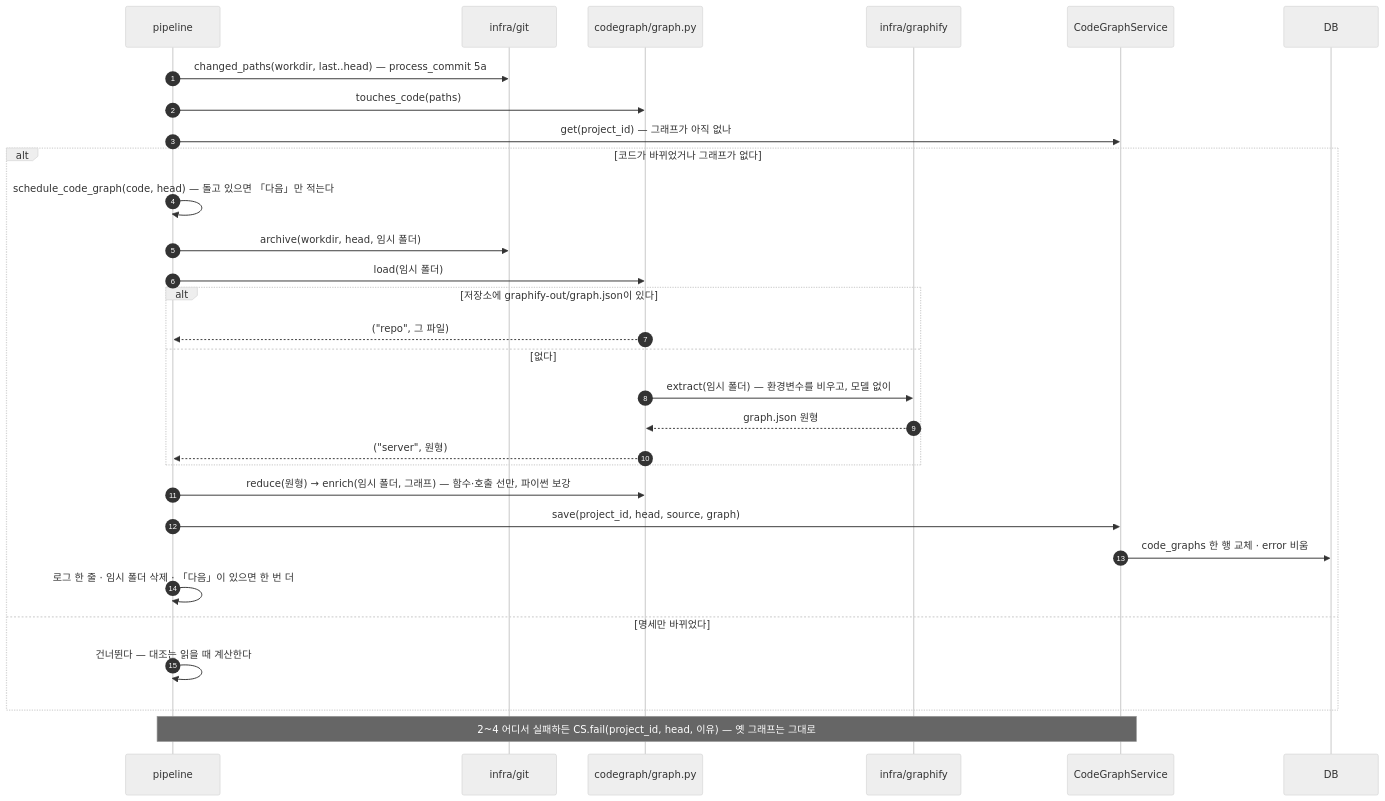
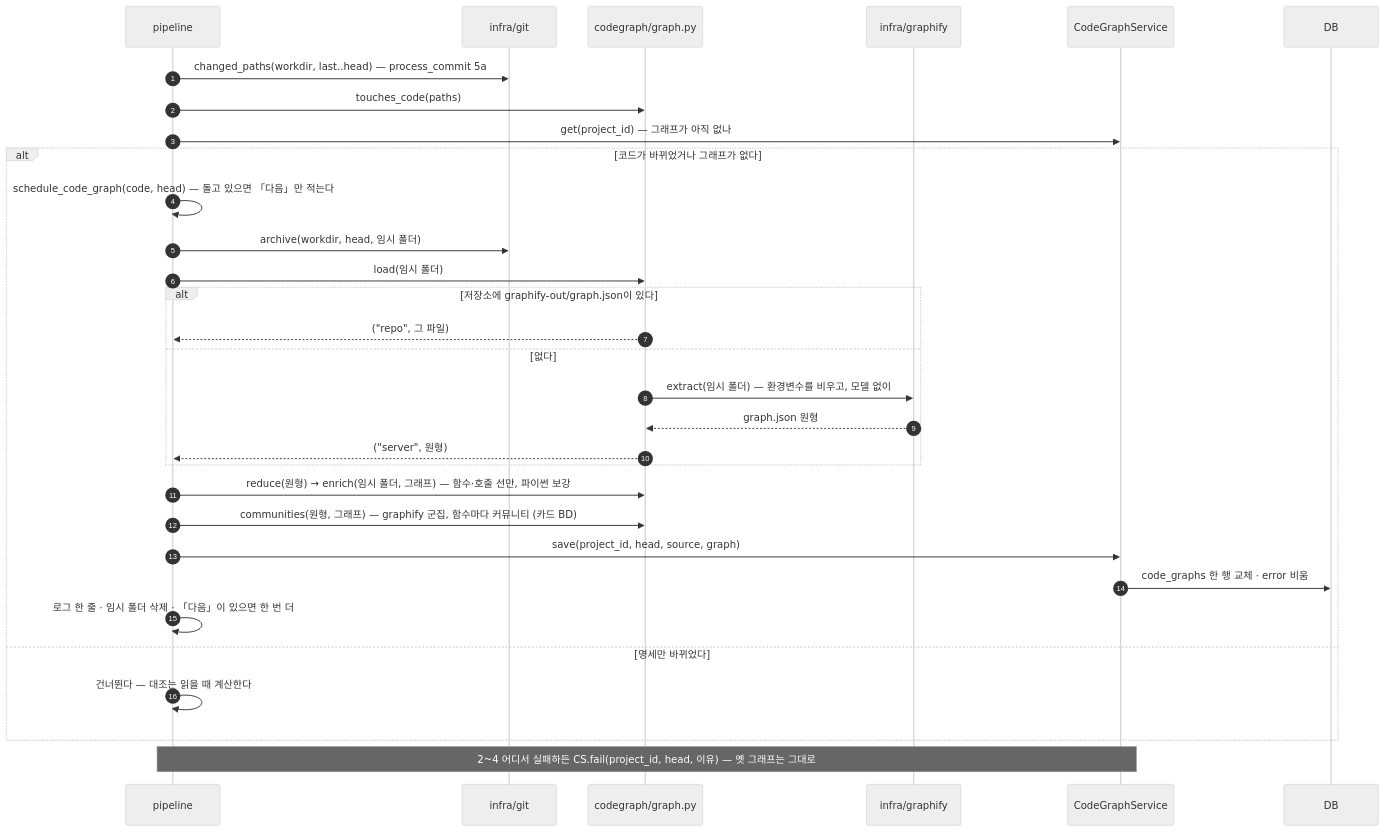
One commit to HoyoungParkme/syncdoc changed diagram 22 of 30 in docs/specs/09-SEQ/SYNC-SEQ-001.md. Above: the diagram before and after it, drawn with Mermaid (neutral theme). The commit also changed other lines of this file, not shown here.

Commit message:
spec(SYNC-SEQ-001): SEQ-31 코드 그래프 노드를 본다 · SEQ-26에 communities (카드 BD)

````diff
--- a/docs/specs/09-SEQ/SYNC-SEQ-001.md
+++ b/docs/specs/09-SEQ/SYNC-SEQ-001.md
@@ -1106,33 +1107,34 @@
 ```mermaid
 sequenceDiagram
     autonumber
     participant P as pipeline
     participant G as infra/git
     participant CG as codegraph/graph.py
     participant GF as infra/graphify
     participant CS as CodeGraphService
     participant DB
 
     P->>G: changed_paths(workdir, last..head) — process_commit 5a
     P->>CG: touches_code(paths)
     P->>CS: get(project_id) — 그래프가 아직 없나
     alt 코드가 바뀌었거나 그래프가 없다
         P->>P: schedule_code_graph(code, head) — 돌고 있으면 「다음」만 적는다
         P->>G: archive(workdir, head, 임시 폴더)
         P->>CG: load(임시 폴더)
         alt 저장소에 graphify-out/graph.json이 있다
             CG-->>P: ("repo", 그 파일)
         else 없다
             CG->>GF: extract(임시 폴더) — 환경변수를 비우고, 모델 없이
             GF-->>CG: graph.json 원형
             CG-->>P: ("server", 원형)
         end
         P->>CG: reduce(원형) → enrich(임시 폴더, 그래프) — 함수·호출 선만, 파이썬 보강
+        P->>CG: communities(원형, 그래프) — graphify 군집, 함수마다 커뮤니티 (카드 BD)
         P->>CS: save(project_id, head, source, graph)
         CS->>DB: code_graphs 한 행 교체 · error 비움
         P->>P: 로그 한 줄 · 임시 폴더 삭제 · 「다음」이 있으면 한 번 더
     else 명세만 바뀌었다
         P->>P: 건너뛴다 — 대조는 읽을 때 계산한다
     end
     Note over P,CS: 2~4 어디서 실패하든 CS.fail(project_id, head, 이유) — 옛 그래프는 그대로
 ```
````
